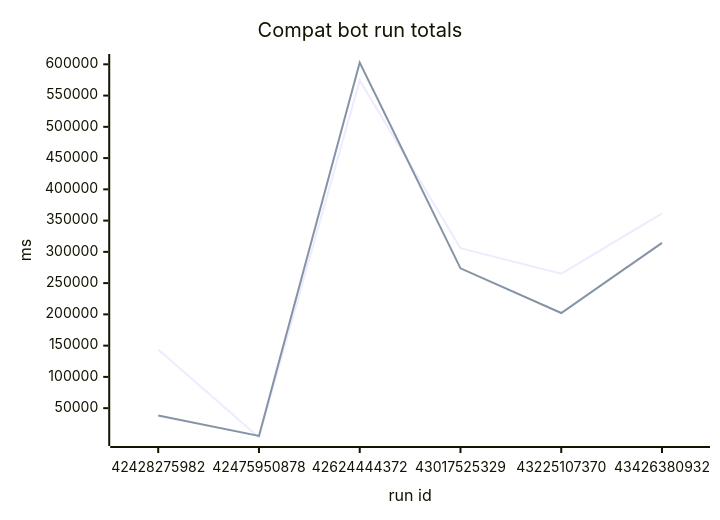
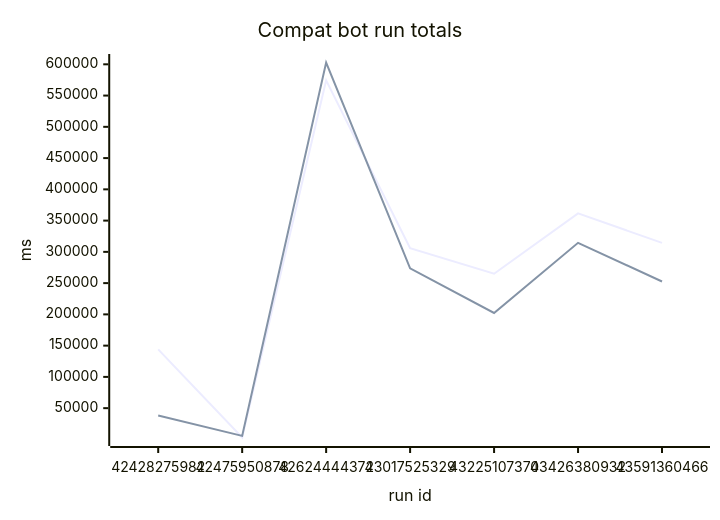
Before and after one commit to roc-talon/talon: the diagram in stats/compat/README.md, drawn with Mermaid. The commit also changed other lines of this file and 2 other files, not shown here.

Commit message:
compat stats: run 43591360466

````diff
--- a/stats/compat/README.md
+++ b/stats/compat/README.md
@@ -7,8 +7,8 @@
 ```mermaid
 xychart-beta
     title "Compat bot run totals"
-    x-axis "run id" ["42428275982", "42475950878", "42624444372", "43017525329", "43225107370", "43426380932"]
+    x-axis "run id" ["42428275982", "42475950878", "42624444372", "43017525329", "43225107370", "43426380932", "43591360466"]
     y-axis "ms"
-    line [143940, 3060, 574300, 306000, 264960, 361500]
-    line [38340, 5610, 602900, 273650, 202220, 314450]
+    line [143940, 3060, 574300, 306000, 264960, 361500, 314410]
+    line [38340, 5610, 602900, 273650, 202220, 314450, 252560]
 ```
````
